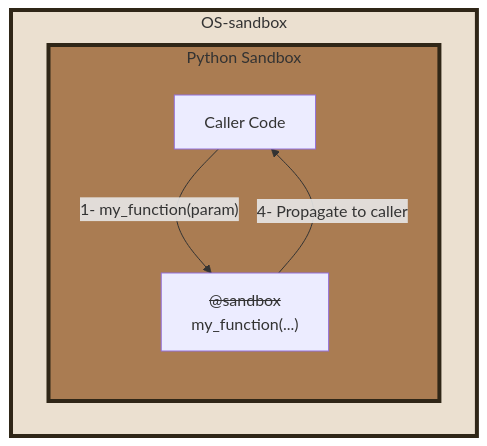
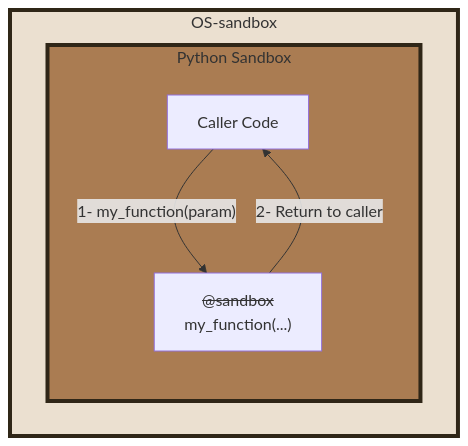
Before and after one commit to pprados/pysandboxes: the first of 3 diagrams in README.md, drawn with Mermaid. The commit also changed other lines of this file, not shown here.

First line of the commit message:
docs(readme): drop repeated explanations and redundant diagrams

````diff
--- a/README.md
+++ b/README.md
@@ -143,18 +141,18 @@
 ```mermaid
 flowchart TD
     subgraph OSSandbox ["OS-sandbox"]
         direction LR
         subgraph PythonSandbox [Python Sandbox]
 
         A[Caller Code]
                 C["<s>@sandbox</s><br/>my_function(...)"]
         end
     end
 
     A -- "1- my_function(param)" --> C
-    C -- "4- Propagate to caller" --> A
+    C -- "2- Return to caller" --> A
 
 %% Custom style for OSSandbox
 style OSSandbox fill:#ebe0d0,stroke:#2f2617,stroke-width:4px
 style PythonSandbox fill:#aa7c52,stroke:#2f2617,stroke-width:4px
 ```
````
